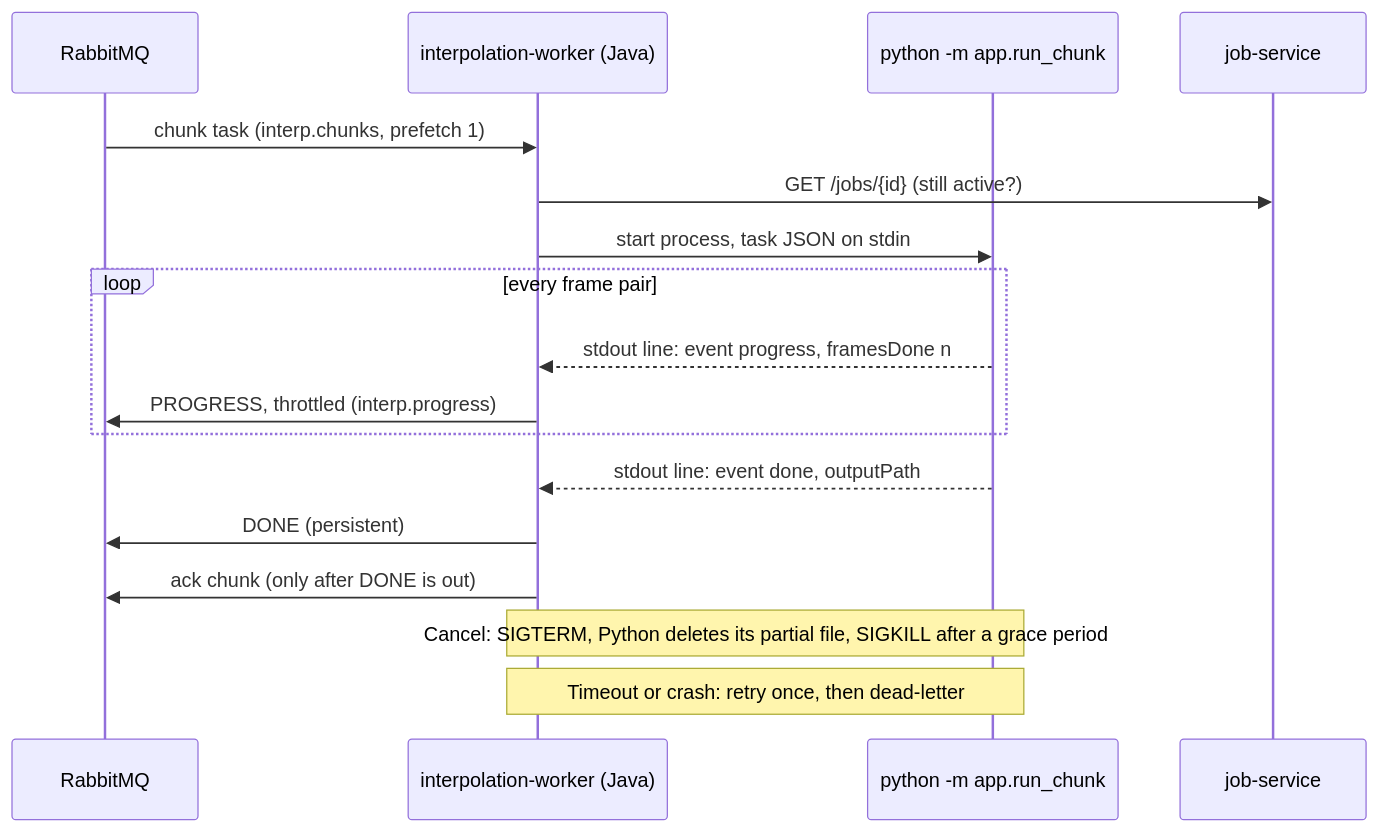
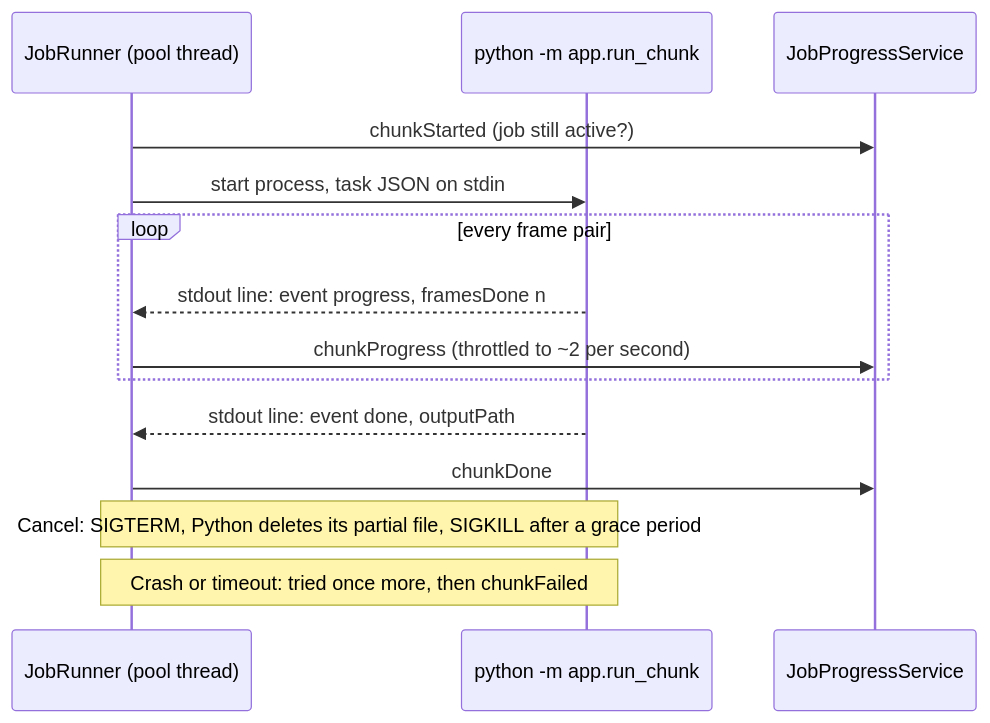
One commit to JianoFreo/InfiniteFlow_AI changed the second of 4 diagrams in README.md. Above: the diagram before and after it, drawn with Mermaid. The commit also changed other lines of this file and 77 other files, not shown here.

First line of the commit message:
feat: Implement job event publishing and replace RabbitMQ with direct job processing

````diff
--- a/README.md
+++ b/README.md
@@ -177,20 +100,17 @@
 ```mermaid
 sequenceDiagram
-    participant Q as RabbitMQ
-    participant W as interpolation-worker (Java)
+    participant R as JobRunner (pool thread)
     participant P as python -m app.run_chunk
-    participant J as job-service
+    participant S as JobProgressService
 
-    Q->>W: chunk task (interp.chunks, prefetch 1)
-    W->>J: GET /jobs/{id} (still active?)
-    W->>P: start process, task JSON on stdin
+    R->>S: chunkStarted (job still active?)
+    R->>P: start process, task JSON on stdin
     loop every frame pair
-        P-->>W: stdout line: event progress, framesDone n
-        W->>Q: PROGRESS, throttled (interp.progress)
+        P-->>R: stdout line: event progress, framesDone n
+        R->>S: chunkProgress (throttled to ~2 per second)
     end
-    P-->>W: stdout line: event done, outputPath
-    W->>Q: DONE (persistent)
-    W->>Q: ack chunk (only after DONE is out)
-    Note over W,P: Cancel: SIGTERM, Python deletes its partial file, SIGKILL after a grace period
-    Note over W,P: Timeout or crash: retry once, then dead-letter
+    P-->>R: stdout line: event done, outputPath
+    R->>S: chunkDone
+    Note over R,P: Cancel: SIGTERM, Python deletes its partial file, SIGKILL after a grace period
+    Note over R,P: Crash or timeout: tried once more, then chunkFailed
 ```
````
